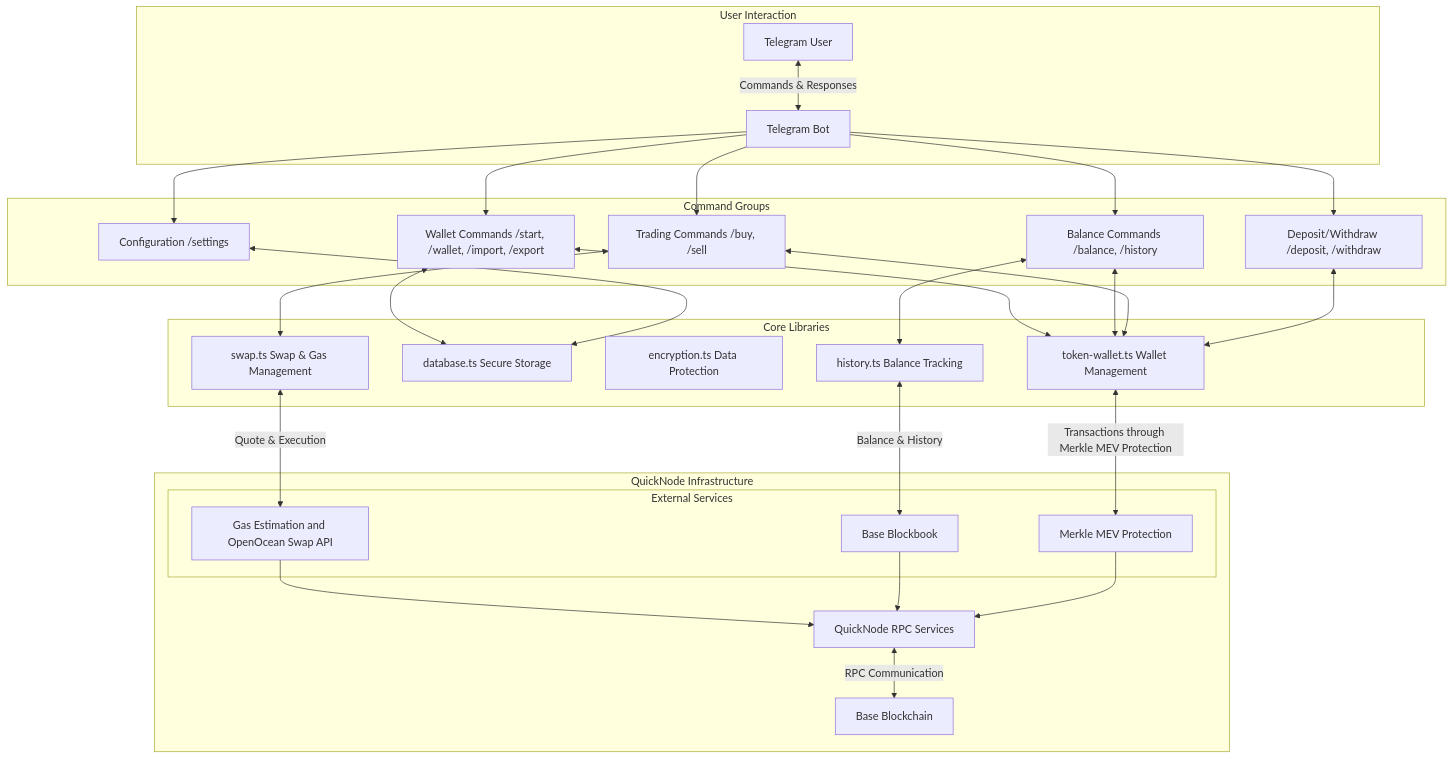
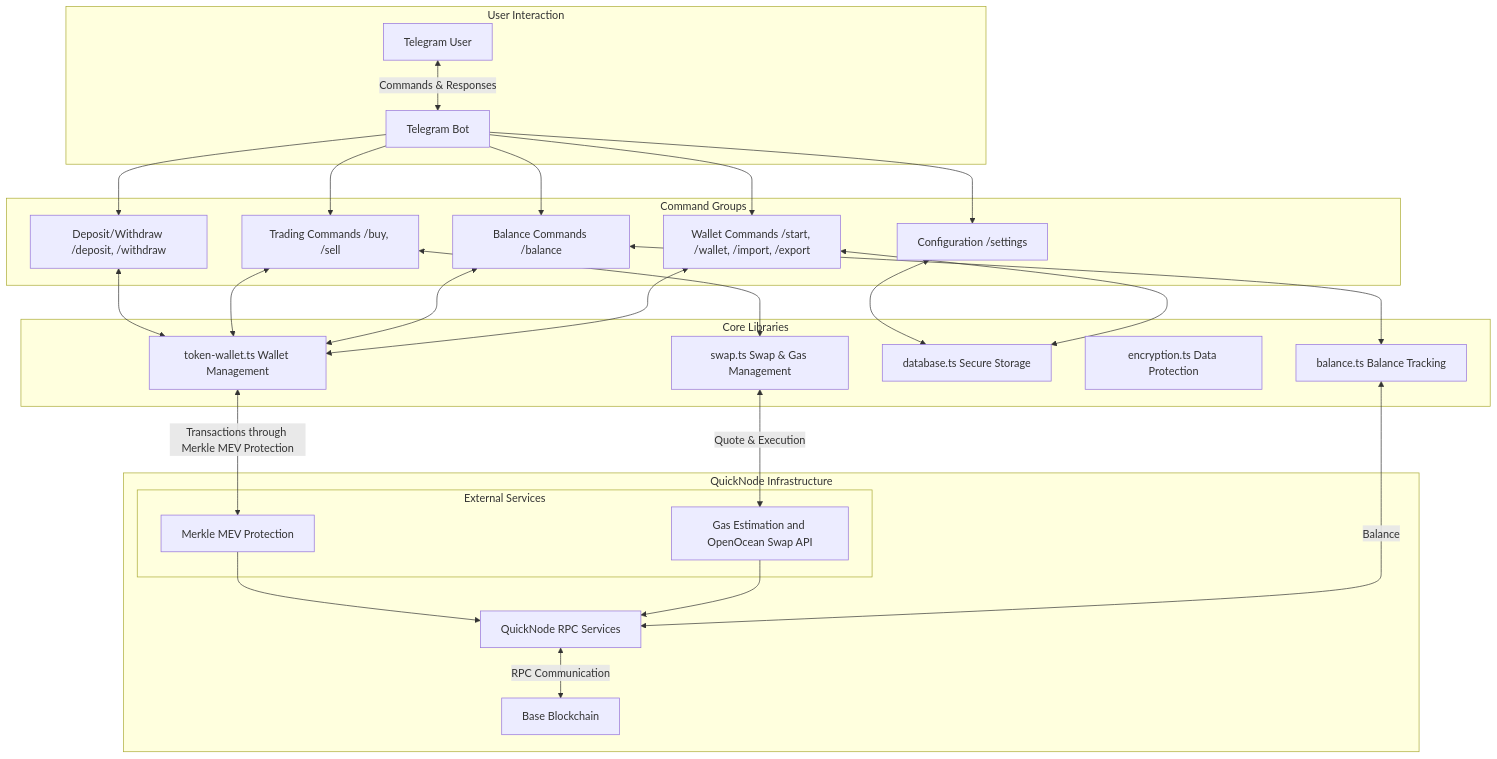
Before and after one commit to quiknode-labs/qn-guide-examples: the diagram in base/telegram-trading-bot/README.md, drawn with Mermaid. The commit also changed other lines of this file and 11 other files, not shown here.

````diff
--- a/base/telegram-trading-bot/README.md
+++ b/base/telegram-trading-bot/README.md
@@ -49,62 +46,43 @@
 ```mermaid
 flowchart TD
-    subgraph "User Interaction"
+ subgraph subGraph0["User Interaction"]
         User["Telegram User"]
         Bot["Telegram Bot"]
-    end
-
-    subgraph "Command Groups"
+  end
+ subgraph subGraph1["Command Groups"]
         WalletCmds["Wallet Commands /start, /wallet, /import, /export"]
-        BalanceCmds["Balance Commands /balance, /history"]
+        BalanceCmds["Balance Commands /balance"]
         TradeCmds["Trading Commands /buy, /sell"]
         ConfigCmds["Configuration /settings"]
         DepositCmds["Deposit/Withdraw /deposit, /withdraw"]
-    end
-    
-    subgraph "Core Libraries"
+  end
+ subgraph subGraph2["Core Libraries"]
         LibWallet["token-wallet.ts Wallet Management"]
+        LibBalance["balance.ts Balance Tracking"]
         LibDatabase["database.ts Secure Storage"]
         LibEncryption["encryption.ts Data Protection"]
-        LibHistory["history.ts Balance Tracking"]
         LibSwap["swap.ts Swap & Gas Management"]
-    end
-    
-    User <-->|Commands & Responses| Bot
-    
+  end
+ subgraph subGraph3["External Services"]
+        APISwap["Gas Estimation and OpenOcean Swap API"]
+        MEVProtection["Merkle MEV Protection"]
+  end
+ subgraph subGraph4["QuickNode Infrastructure"]
+        subGraph3
+        QuickNode["QuickNode RPC Services"]
+        Blockchain["Base Blockchain"]
+  end
+    User <-- Commands & Responses --> Bot
     Bot --> WalletCmds & BalanceCmds & TradeCmds & ConfigCmds & DepositCmds
-    
-    WalletCmds <--> LibWallet
-    WalletCmds <--> LibDatabase
-    
-    BalanceCmds <--> LibWallet
-    BalanceCmds <--> LibHistory
-    
-    TradeCmds <--> LibWallet
-    TradeCmds <--> LibSwap
-    
+    WalletCmds <--> LibWallet & LibDatabase
+    BalanceCmds <--> LibWallet & LibBalance
+    TradeCmds <--> LibWallet & LibSwap
     DepositCmds <--> LibWallet
-    
     ConfigCmds <--> LibDatabase
-    
-    subgraph "QuickNode Infrastructure"
-        QuickNode["QuickNode RPC Services"]
-        
-        subgraph "External Services"
-            APISwap["Gas Estimation and OpenOcean Swap API"]
-            APIHistory["Base Blockbook"]
-            MEVProtection["Merkle MEV Protection"]
-        end
-        
-        Blockchain["Base Blockchain"]
-    end
-    
-    LibSwap <-->|Quote & Execution| APISwap
-    LibHistory <-->|Balance & History| APIHistory
-    LibWallet <-->|Transactions through Merkle MEV Protection| MEVProtection
-    
+    LibSwap <-- Quote & Execution --> APISwap
+    LibBalance <-- Balance --> QuickNode
+    LibWallet <-- Transactions through Merkle MEV Protection --> MEVProtection
     APISwap --> QuickNode
-    APIHistory --> QuickNode
     MEVProtection --> QuickNode
-    
-    QuickNode <-->|RPC Communication| Blockchain
+    QuickNode <-- RPC Communication --> Blockchain
 ```
````
